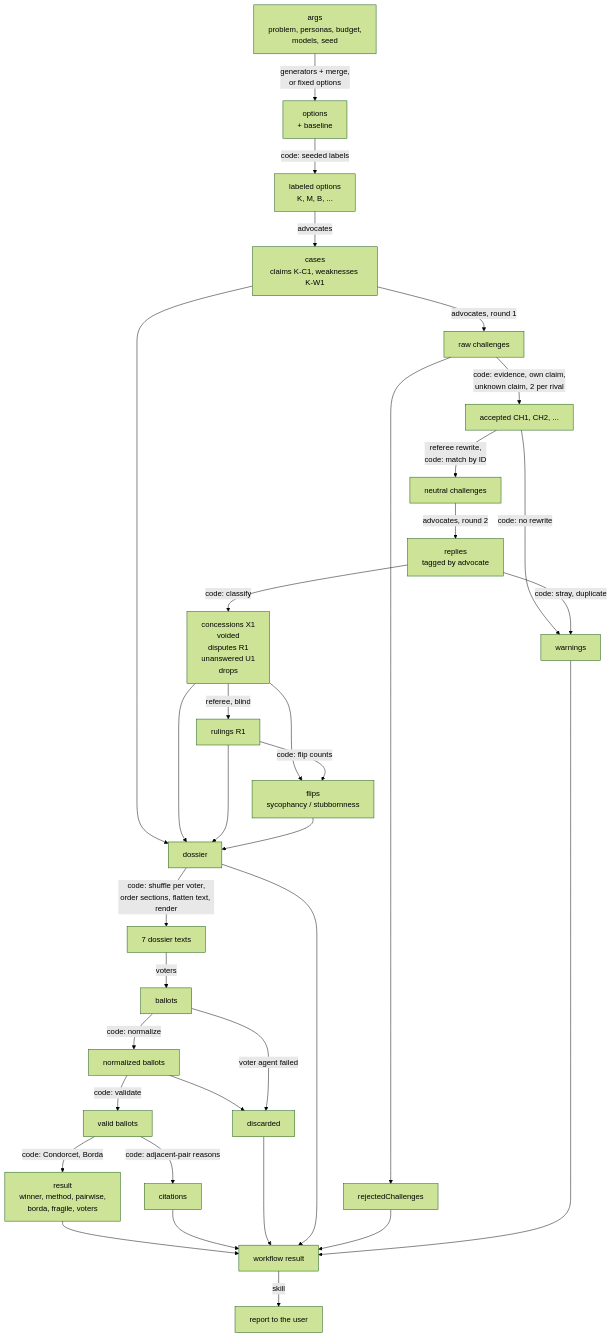
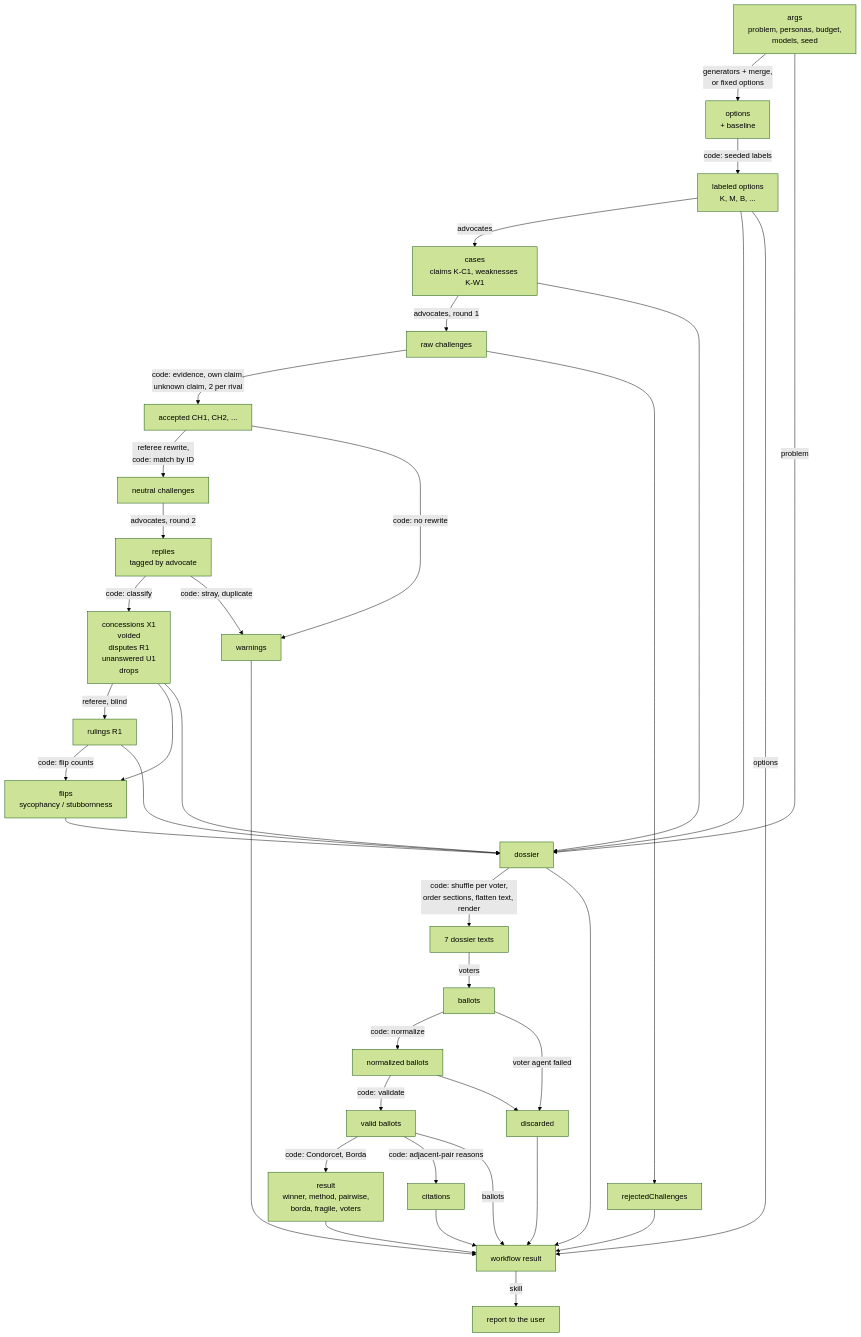
Before and after one commit to mattbran87/council-mode: the third of 3 diagrams in docs/architecture.md, drawn with Mermaid (forest theme). The commit also changed other lines of this file, not shown here.

Commit message:
docs: tighten architecture doc against the code

````diff
--- a/docs/architecture.md
+++ b/docs/architecture.md
@@ -90,36 +90,40 @@
 ```mermaid
 flowchart TD
   args[args<br/>problem, personas, budget,<br/>models, seed] -->|generators + merge,<br/>or fixed options| opts[options<br/>+ baseline]
   opts -->|code: seeded labels| labeled[labeled options<br/>K, M, B, ...]
   labeled -->|advocates| cases[cases<br/>claims K-C1, weaknesses K-W1]
   cases -->|advocates, round 1| rawch[raw challenges]
   rawch -->|code: evidence, own claim,<br/>unknown claim, 2 per rival| acc[accepted CH1, CH2, ...]
   rawch --> rej[rejectedChallenges]
   acc -->|referee rewrite,<br/>code: match by ID| neutral[neutral challenges]
   acc -->|code: no rewrite| warn[warnings]
   neutral -->|advocates, round 2| replies[replies<br/>tagged by advocate]
   replies -->|code: classify| cls[concessions X1<br/>voided<br/>disputes R1<br/>unanswered U1<br/>drops]
   replies -->|code: stray, duplicate| warn
   cls -->|referee, blind| rul[rulings R1]
   cls --> flips
   rul -->|code: flip counts| flips[flips<br/>sycophancy / stubbornness]
+  args -->|problem| dos
+  labeled --> dos
   cases --> dos
   cls --> dos
   rul --> dos
   flips --> dos[dossier]
   dos -->|code: shuffle per voter,<br/>order sections, flatten text, render| text[7 dossier texts]
   text -->|voters| bal[ballots]
   bal -->|code: normalize| norm[normalized ballots]
   norm -->|code: validate| valid[valid ballots]
   norm --> disc[discarded]
   bal -->|voter agent failed| disc
   valid -->|code: Condorcet, Borda| res[result<br/>winner, method, pairwise,<br/>borda, fragile, voters]
   valid -->|code: adjacent-pair reasons| cit[citations]
   res --> out[workflow result]
   cit --> out
+  valid -->|ballots| out
+  labeled -->|options| out
   disc --> out
   dos --> out
   rej --> out
   warn --> out
   out -->|skill| report[report to the user]
 ```
````
